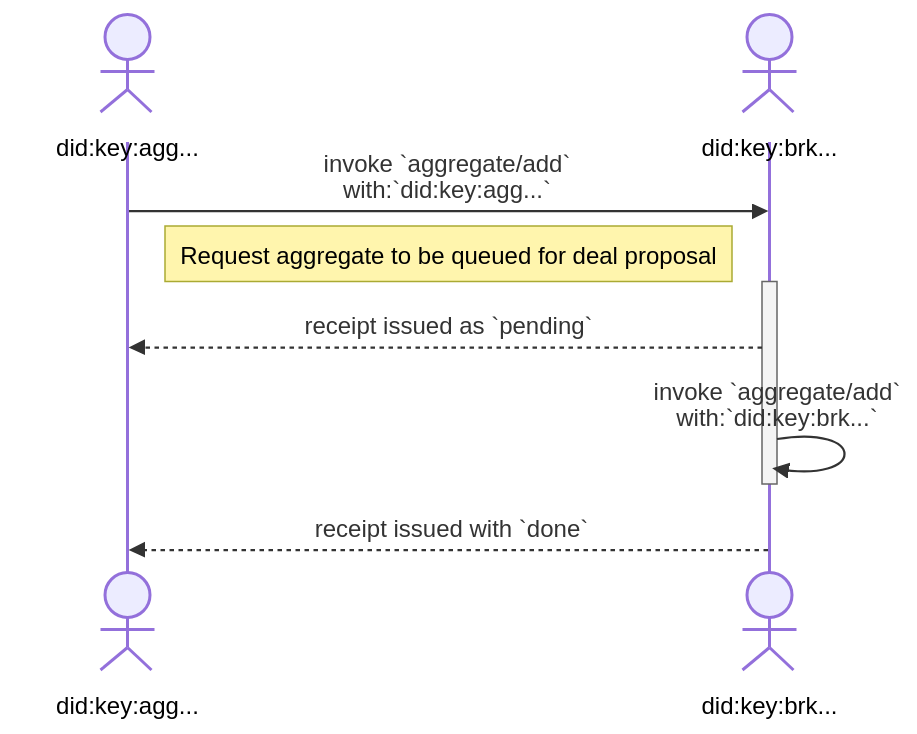
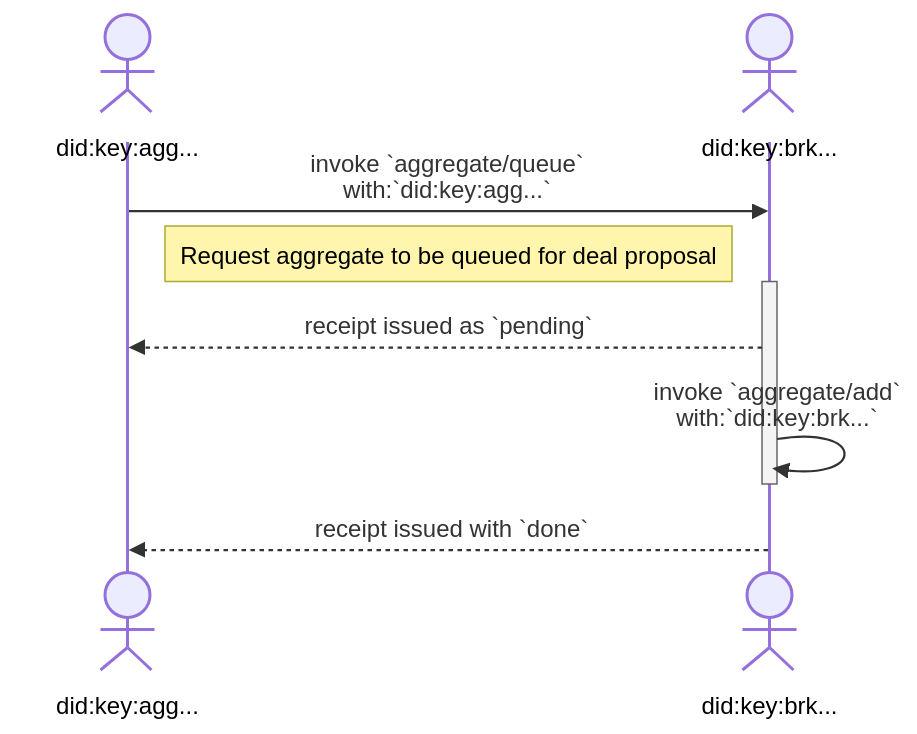
One commit to storacha/specs changed the third of 4 diagrams in w3-filecoin.md. Above: the diagram before and after it, drawn with Mermaid. The commit also changed other lines of this file, not shown here.

First line of the commit message:
fix: w3filecoin spec separate capabilities to queue and dequeue (#73)

````diff
--- a/w3-filecoin.md
+++ b/w3-filecoin.md
@@ -131,13 +131,13 @@
 ```mermaid
 sequenceDiagram
     actor Aggregator as <br/><br/>did:key:agg...
     actor Dealer as <br/><br/>did:key:brk...
 
-    Aggregator->>Dealer: invoke `aggregate/add`<br>with:`did:key:agg...`
+    Aggregator->>Dealer: invoke `aggregate/queue`<br>with:`did:key:agg...`
     Note left of Dealer: Request aggregate to be queued for deal proposal
     activate Dealer
     Dealer-->>Aggregator: receipt issued as `pending`
     Dealer->>Dealer: invoke `aggregate/add`<br>with:`did:key:brk...`
     deactivate Dealer
     Dealer-->>Aggregator: receipt issued with `done`
 ```
````
